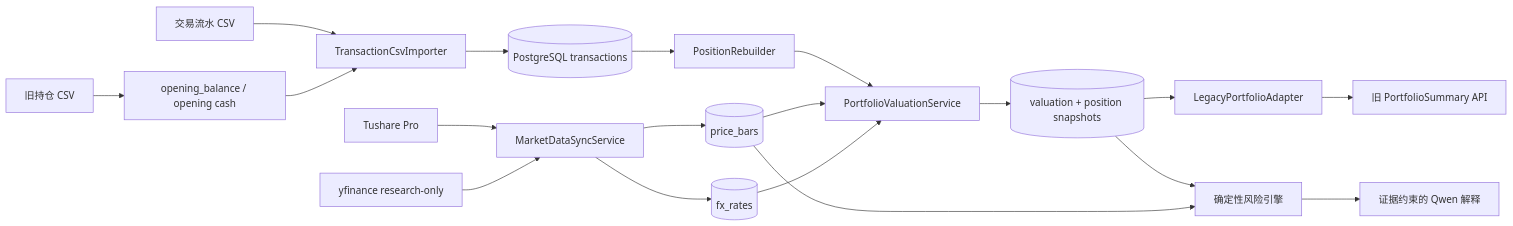
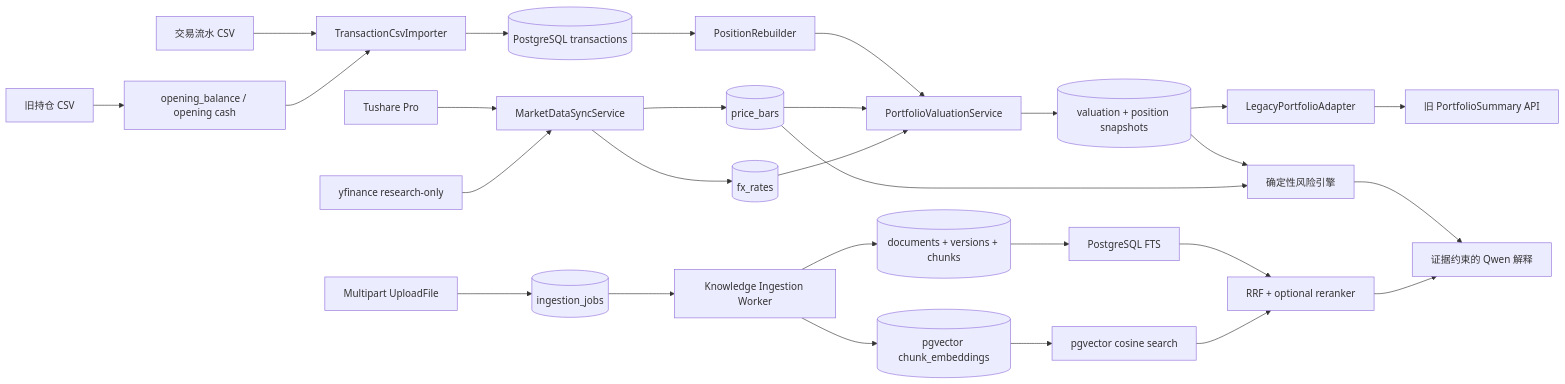
One commit to xjy0526/PortfolioPilot changed the diagram in docs/architecture.md. Above: the diagram before and after it, drawn with Mermaid. The commit also changed other lines of this file and 55 other files, not shown here.

Commit message:
feat: migrate governed research workflows and hybrid retrieval to PostgreSQL

````diff
--- a/docs/architecture.md
+++ b/docs/architecture.md
@@ -47,24 +48,34 @@
 ```mermaid
 flowchart LR
     CSV[交易流水 CSV] --> IMPORT[TransactionCsvImporter]
     LEGACY[旧持仓 CSV] --> OPENING[opening_balance / opening cash]
     OPENING --> IMPORT
     IMPORT --> TX[(PostgreSQL transactions)]
 
     TS[Tushare Pro] --> SYNC[MarketDataSyncService]
     YF[yfinance research-only] --> SYNC
     SYNC --> PB[(price_bars)]
     SYNC --> FX[(fx_rates)]
 
     TX --> REBUILD[PositionRebuilder]
     REBUILD --> VAL[PortfolioValuationService]
     PB --> VAL
     FX --> VAL
     VAL --> VS[(valuation + position snapshots)]
 
     VS --> LEGACY_ADAPTER[LegacyPortfolioAdapter]
     LEGACY_ADAPTER --> UI[旧 PortfolioSummary API]
     VS --> RISK[确定性风险引擎]
     PB --> RISK
     RISK --> LLM[证据约束的 Qwen 解释]
+
+    UPLOAD[Multipart UploadFile] --> IJ[(ingestion_jobs)]
+    IJ --> IW[Knowledge Ingestion Worker]
+    IW --> RD[(documents + versions + chunks)]
+    IW --> CE[(pgvector chunk_embeddings)]
+    RD --> FTS[PostgreSQL FTS]
+    CE --> DENSE[pgvector cosine search]
+    FTS --> RRF[RRF + optional reranker]
+    DENSE --> RRF
+    RRF --> LLM
 ```
````
